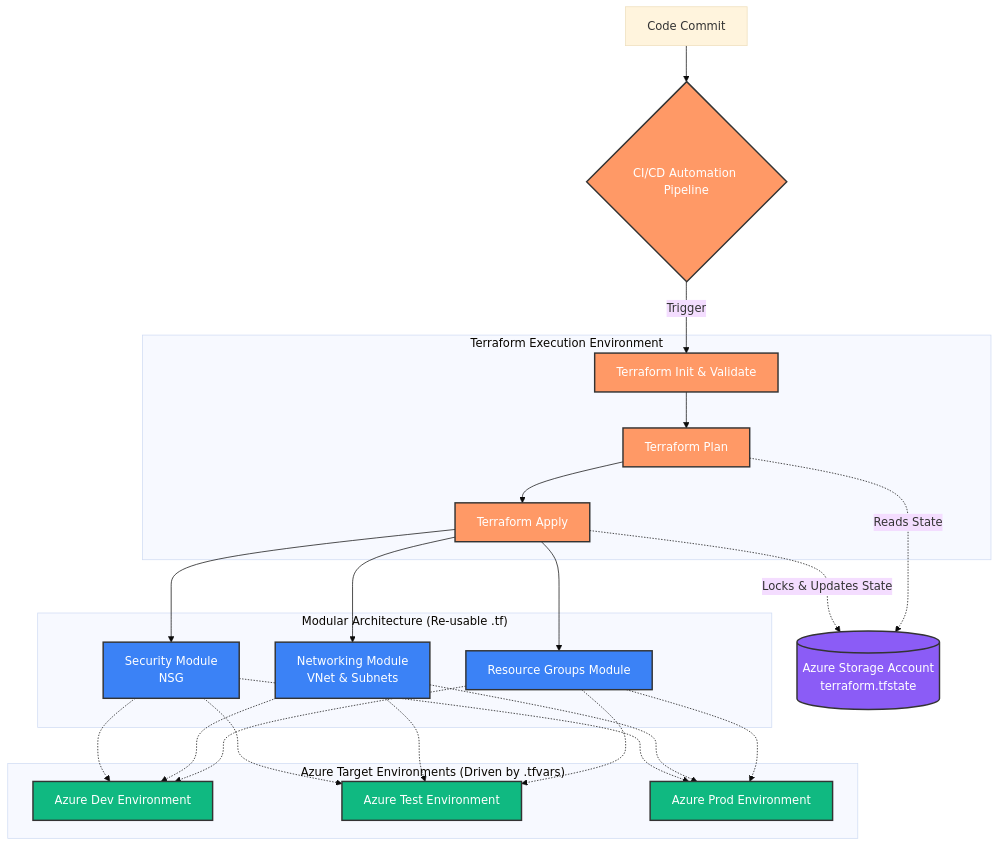
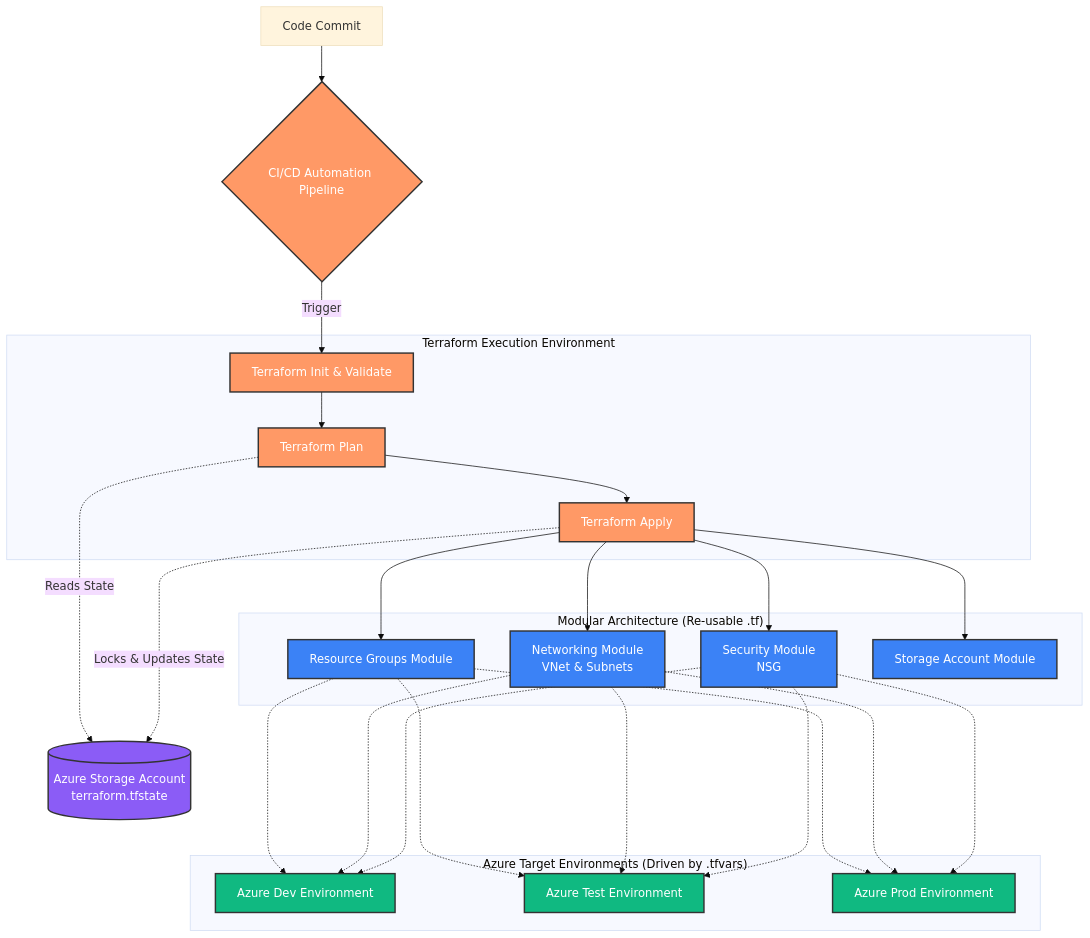
Before and after one commit to asishkashyap/terraform_Modules_2026: the diagram in README.md, drawn with Mermaid (base theme). The commit also changed other lines of this file and 3 other files, not shown here.

````diff
--- a/README.md
+++ b/README.md
@@ -18,50 +38,51 @@
 ```mermaid
 flowchart TD
     %% Define Styles
     classDef pipeline fill:#f96,stroke:#333,stroke-width:2px,color:#fff;
     classDef tfmodule fill:#3b82f6,stroke:#333,stroke-width:2px,color:#fff;
     classDef azureEnv fill:#10b981,stroke:#333,stroke-width:2px,color:#fff;
     classDef backend fill:#8b5cf6,stroke:#333,stroke-width:2px,color:#fff;
 
     %% CI/CD Flow
     GitCommit[Code Commit] --> CI_CD{CI/CD Automation Pipeline}
     CI_CD -->|Trigger| TF_Init[Terraform Init & Validate]
-    
+
     subgraph "Terraform Execution Environment"
         TF_Init --> TF_Plan[Terraform Plan]
         TF_Plan --> TF_Apply[Terraform Apply]
     end
 
     %% Remote State Management
     Backend[(Azure Storage Account <br/> terraform.tfstate)]
-    TF_Plan -.->|Reads State| Backend
-    TF_Apply -.->|Locks & Updates State| Backend
+    TF_Plan -..->|Reads State| Backend
+    TF_Apply -..->|Locks & Updates State| Backend
 
     %% Terraform Modules
     subgraph "Modular Architecture (Re-usable .tf)"
         TF_Apply --> Core_RG[Resource Groups Module]
         TF_Apply --> Core_Net[Networking Module <br/> VNet & Subnets]
         TF_Apply --> Core_Sec[Security Module <br/> NSG]
+        TF_Apply --> Core_SA[Storage Account Module]
     end
 
     %% Environments
     subgraph "Azure Target Environments (Driven by .tfvars)"
-        Core_RG -.-> Dev_Env[Azure Dev Environment]
-        Core_Net -.-> Dev_Env
-        Core_Sec -.-> Dev_Env
+        Core_RG -..-> Dev_Env[Azure Dev Environment]
+        Core_Net -..-> Dev_Env
+        Core_Sec -..-> Dev_Env
 
-        Core_RG -.-> Test_Env[Azure Test Environment]
-        Core_Net -.-> Test_Env
-        Core_Sec -.-> Test_Env
+        Core_RG -..-> Test_Env[Azure Test Environment]
+        Core_Net -..-> Test_Env
+        Core_Sec -..-> Test_Env
 
-        Core_RG -.-> Prod_Env[Azure Prod Environment]
-        Core_Net -.-> Prod_Env
-        Core_Sec -.-> Prod_Env
+        Core_RG -..-> Prod_Env[Azure Prod Environment]
+        Core_Net -..-> Prod_Env
+        Core_Sec -..-> Prod_Env
     end
 
     %% Apply Styles
     class CI_CD,TF_Init,TF_Plan,TF_Apply pipeline;
     class Backend backend;
-    class Core_RG,Core_Net,Core_Sec tfmodule;
+    class Core_RG,Core_Net,Core_Sec,Core_SA tfmodule;
     class Dev_Env,Test_Env,Prod_Env azureEnv;
 ```
````
